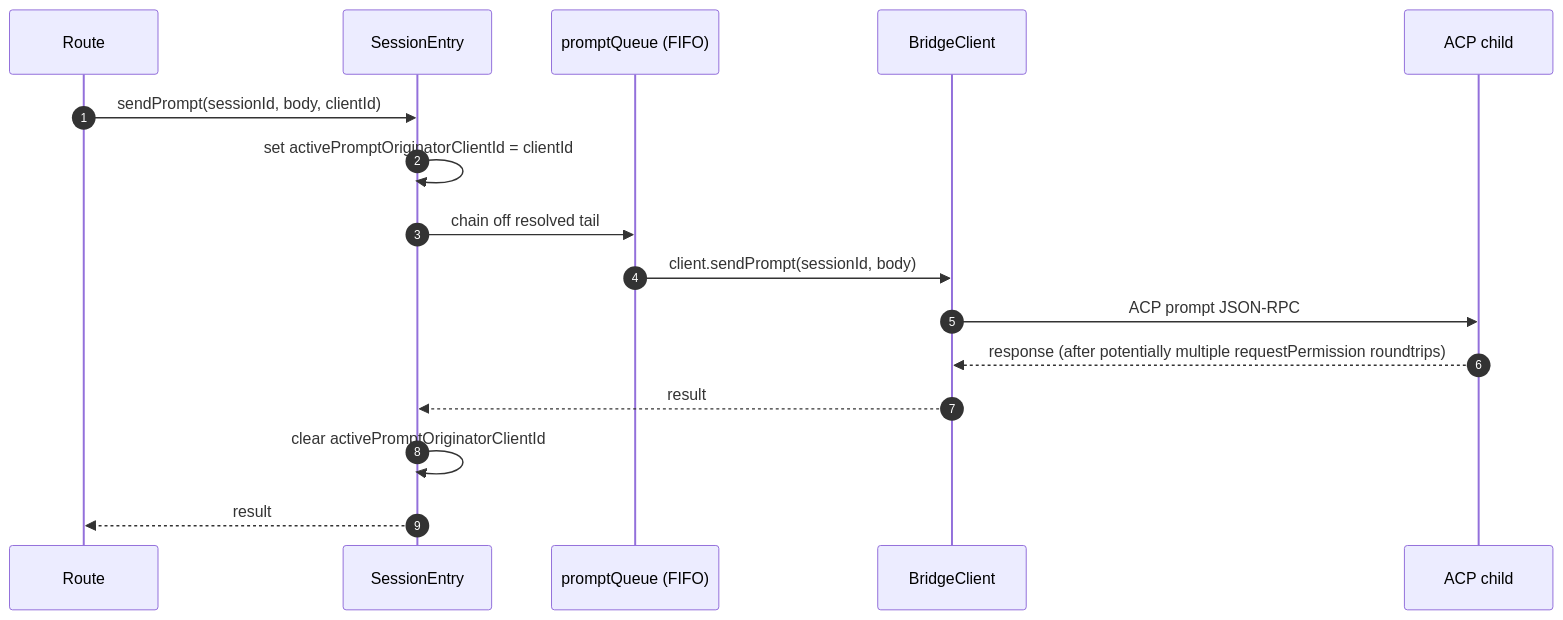
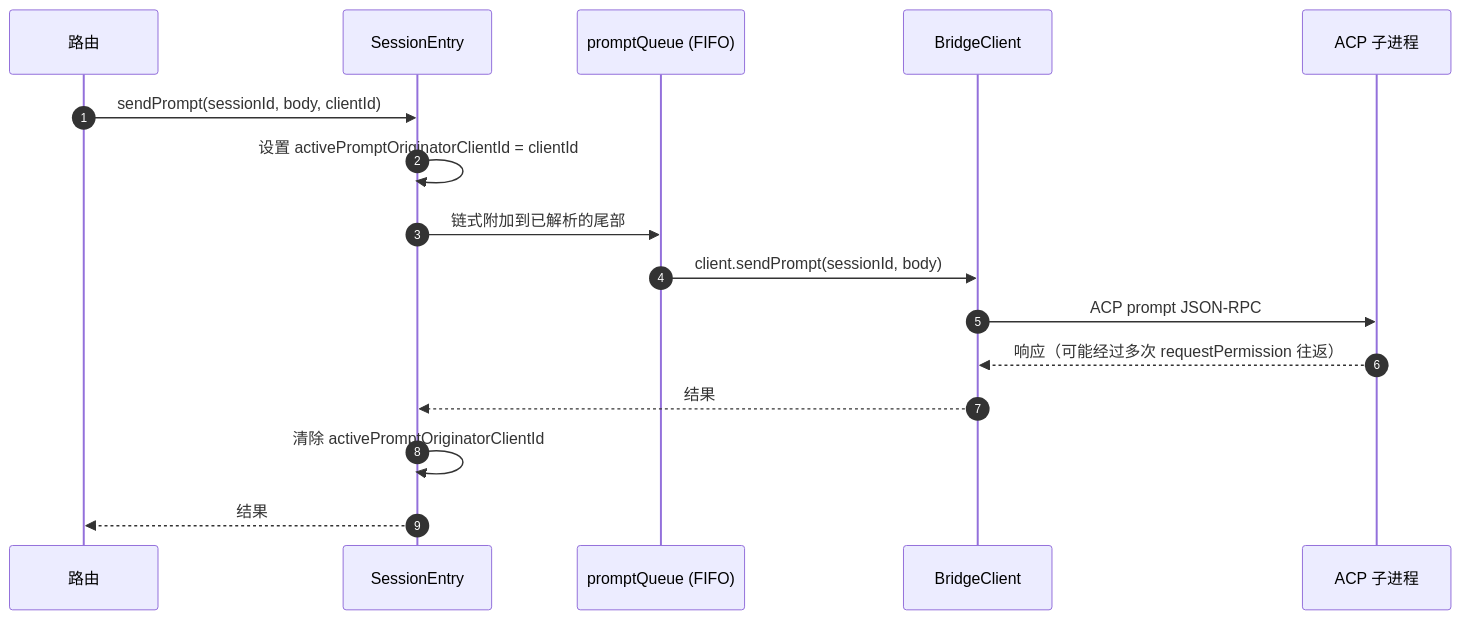
The second of 4 diagrams in website/content/zh/developers/daemon/03-acp-bridge.md (QwenLM/qwen-code-docs), drawn with Mermaid before and after one commit. The commit also changed other lines of this file and 1077 other files, not shown here.

````diff
--- a/website/content/zh/developers/daemon/03-acp-bridge.md
+++ b/website/content/zh/developers/daemon/03-acp-bridge.md
@@ -98,19 +98,19 @@
 ```mermaid
 sequenceDiagram
     autonumber
-    participant R as Route
+    participant R as 路由
     participant E as SessionEntry
     participant Q as promptQueue (FIFO)
     participant BC as BridgeClient
-    participant ACP as ACP child
+    participant ACP as ACP 子进程
 
     R->>E: sendPrompt(sessionId, body, clientId)
-    E->>E: set activePromptOriginatorClientId = clientId
-    E->>Q: chain off resolved tail
+    E->>E: 设置 activePromptOriginatorClientId = clientId
+    E->>Q: 链式附加到已解析的尾部
     Q->>BC: client.sendPrompt(sessionId, body)
     BC->>ACP: ACP prompt JSON-RPC
-    ACP-->>BC: response (after potentially multiple requestPermission roundtrips)
-    BC-->>E: result
-    E->>E: clear activePromptOriginatorClientId
-    E-->>R: result
+    ACP-->>BC: 响应（可能经过多次 requestPermission 往返）
+    BC-->>E: 结果
+    E->>E: 清除 activePromptOriginatorClientId
+    E-->>R: 结果
 ```
````
